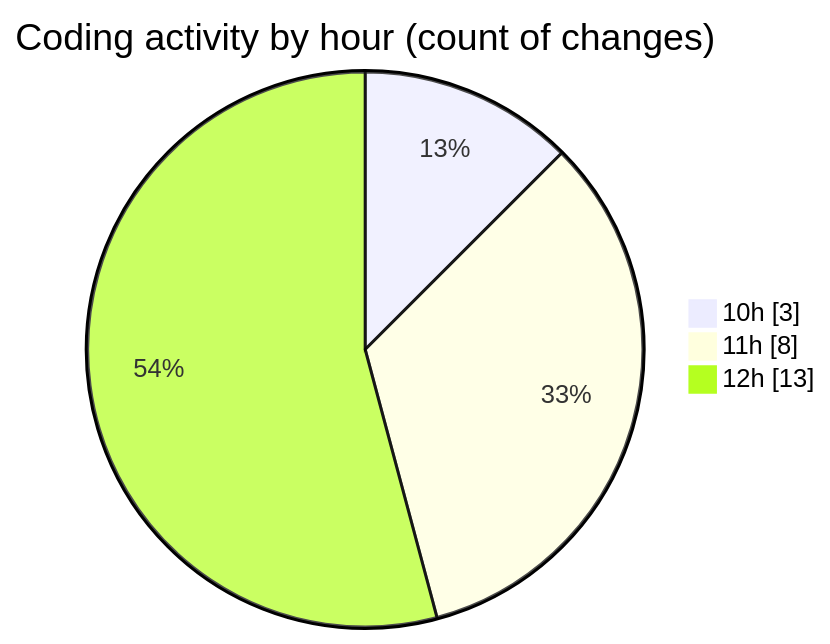
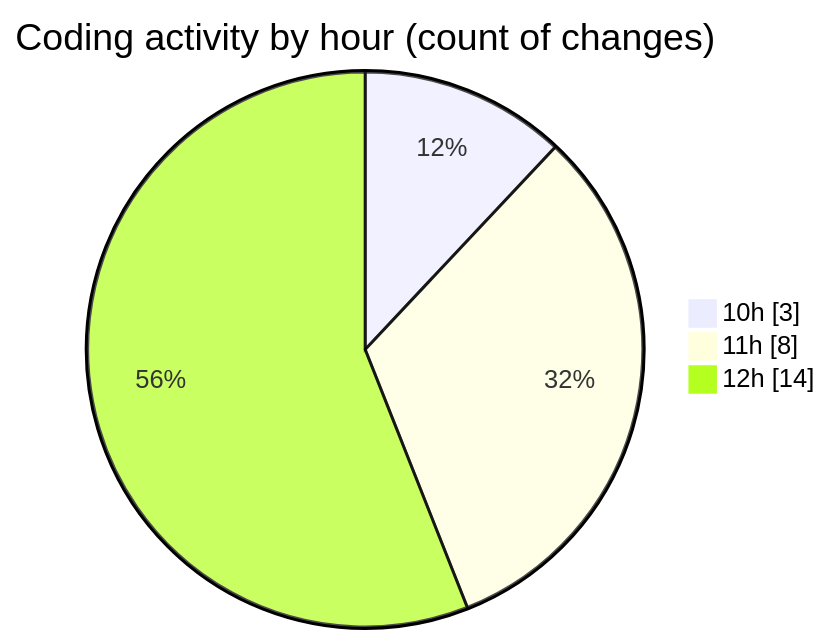
One commit to nxtqubesakshisongat/code-tracking changed the second of 2 diagrams in 2025-10-15/nxtqube_webapp/README.md. Above: the diagram before and after it, drawn with Mermaid. The commit also changed other lines of this file and 1 other file, not shown here.

````diff
--- a/2025-10-15/nxtqube_webapp/README.md
+++ b/2025-10-15/nxtqube_webapp/README.md
@@ -28,7 +28,7 @@
 ```mermaid
 pie showData
 title Coding activity by hour (count of changes)
 "10h" : 3
 "11h" : 8
-"12h" : 13
+"12h" : 14
 ```
````
